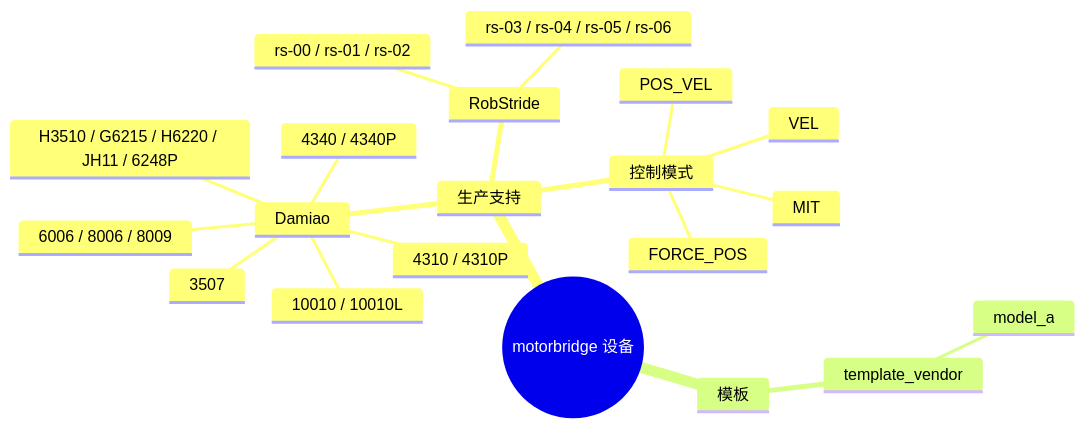
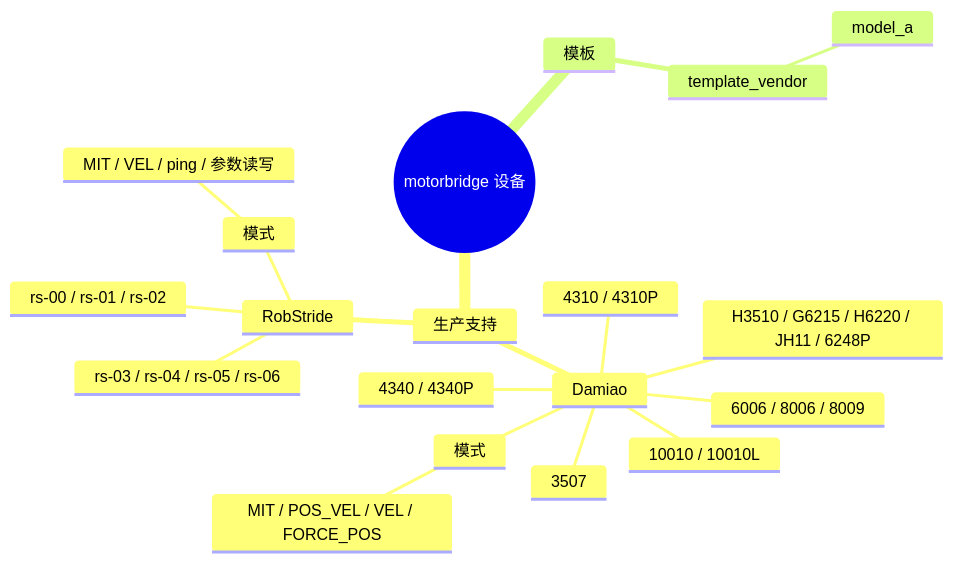
The diagram in docs/zh/devices.md (tianrking/motorbridge), drawn with Mermaid before and after one commit. The commit also changed 8 other files, not shown here.

Commit message:
docs: restore and sync architecture diagrams, scan guide, and CAN restart docs

````diff
--- a/docs/zh/devices.md
+++ b/docs/zh/devices.md
@@ -5,23 +5,22 @@
 ```mermaid
 mindmap
   root((motorbridge 设备))
     生产支持
       Damiao
         3507
         4310 / 4310P
         4340 / 4340P
         6006 / 8006 / 8009
         10010 / 10010L
         H3510 / G6215 / H6220 / JH11 / 6248P
+        模式
+          MIT / POS_VEL / VEL / FORCE_POS
       RobStride
         rs-00 / rs-01 / rs-02
         rs-03 / rs-04 / rs-05 / rs-06
-      控制模式
-        MIT
-        POS_VEL
-        VEL
-        FORCE_POS
+        模式
+          MIT / VEL / ping / 参数读写
     模板
       template_vendor
         model_a
 ```
````
